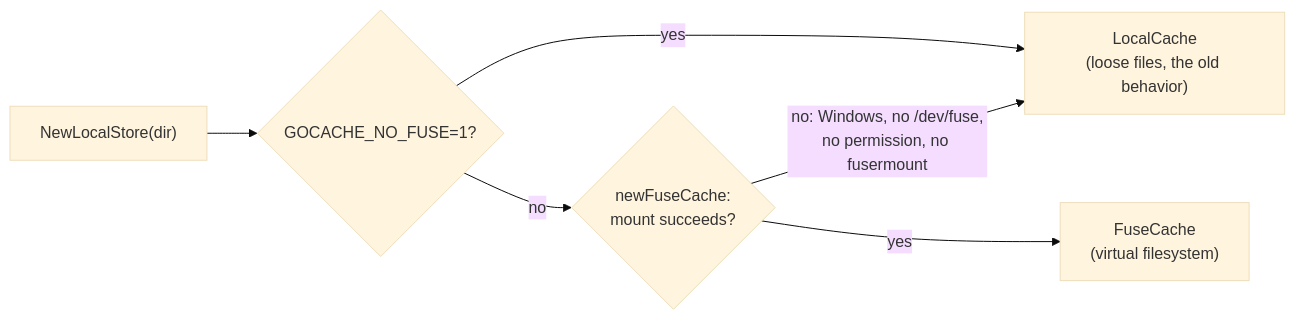
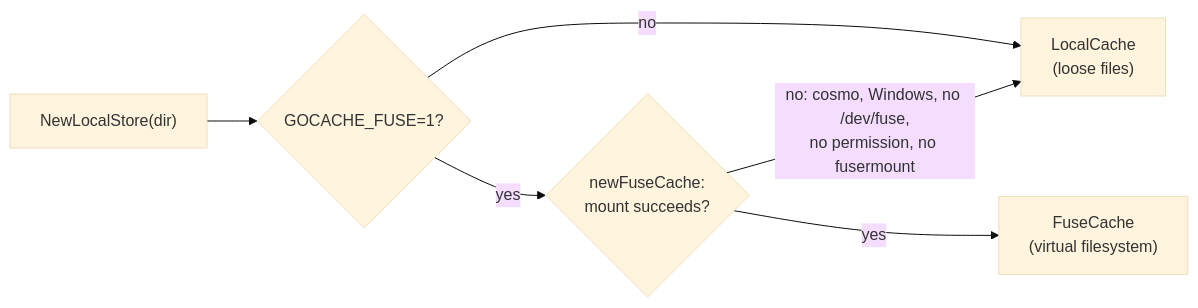
Before and after one commit to wow-look-at-my/go-toolchain: the sixth of 6 diagrams in docs/CACHE.md, drawn with Mermaid (base theme). The commit also changed other lines of this file and 8 other files, not shown here.

````diff
--- a/docs/CACHE.md
+++ b/docs/CACHE.md
@@ -583,8 +583,8 @@
 ```mermaid
 flowchart LR
-    A["NewLocalStore(dir)"] --> Z{"GOCACHE_NO_FUSE=1?"}
-    Z -- yes --> E["LocalCache<br/>(loose files, the old behavior)"]
-    Z -- no --> B{"newFuseCache:<br/>mount succeeds?"}
+    A["NewLocalStore(dir)"] --> Z{"GOCACHE_FUSE=1?"}
+    Z -- no --> E["LocalCache<br/>(loose files)"]
+    Z -- yes --> B{"newFuseCache:<br/>mount succeeds?"}
     B -- yes --> C["FuseCache<br/>(virtual filesystem)"]
-    B -- "no: Windows, no /dev/fuse,<br/>no permission, no fusermount" --> E
+    B -- "no: cosmo, Windows, no /dev/fuse,<br/>no permission, no fusermount" --> E
 ```
````
